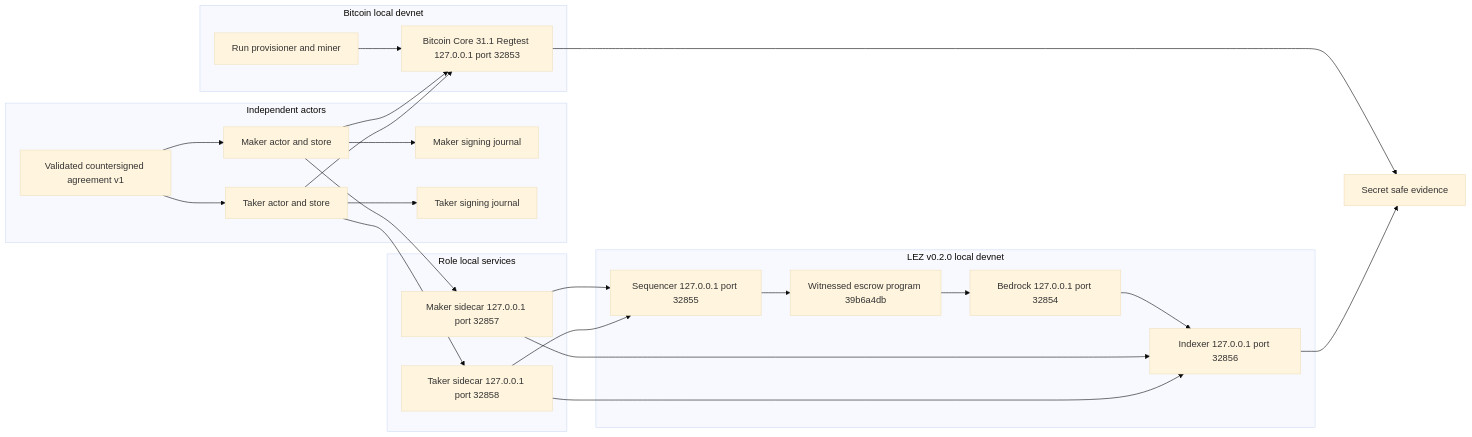
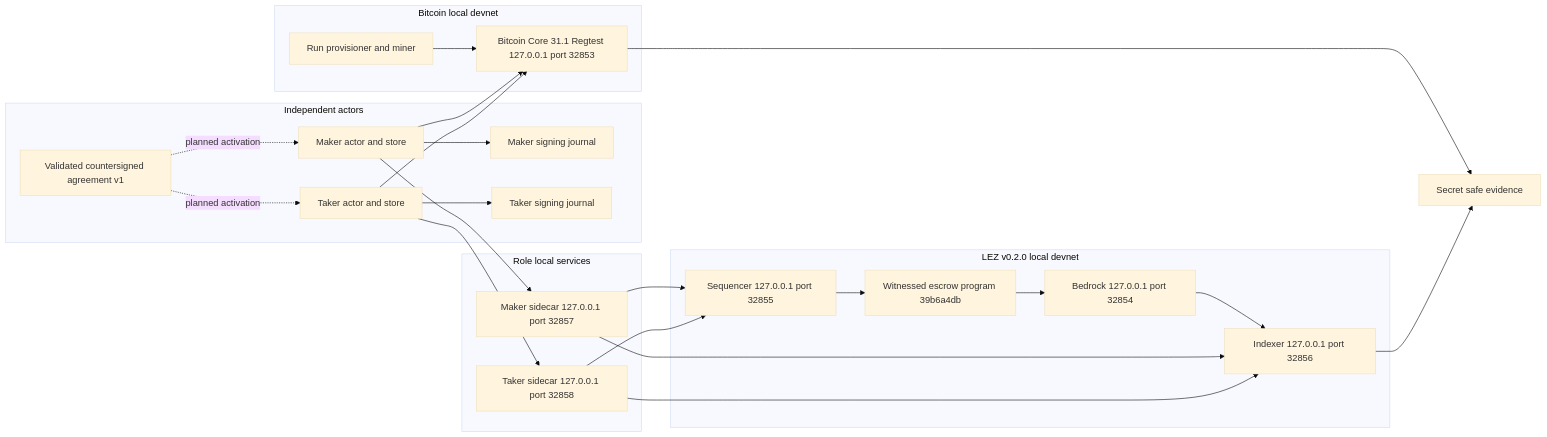
Before and after one commit to gateway-fm/lez-atomic-swaps: the first of 4 diagrams in docs/architecture/0029-m3-bitcoin-local-poc-entry.md, drawn with Mermaid (base theme). The commit also changed 2 other files, not shown here.

Commit message:
fix: bound in-memory Bitcoin agreements early

````diff
--- a/docs/architecture/0029-m3-bitcoin-local-poc-entry.md
+++ b/docs/architecture/0029-m3-bitcoin-local-poc-entry.md
@@ -41,46 +41,46 @@
 ```mermaid
 flowchart LR
     subgraph Actors["Independent actors"]
         Agreement["Validated countersigned agreement v1"]
         Maker["Maker actor and store"]
         Taker["Taker actor and store"]
         MakerSigner["Maker signing journal"]
         TakerSigner["Taker signing journal"]
         Maker --> MakerSigner
         Taker --> TakerSigner
-        Agreement --> Maker
-        Agreement --> Taker
+        Agreement -. planned activation .-> Maker
+        Agreement -. planned activation .-> Taker
     end
 
     subgraph RoleServices["Role local services"]
         MakerSidecar["Maker sidecar 127.0.0.1 port 32857"]
         TakerSidecar["Taker sidecar 127.0.0.1 port 32858"]
     end
 
     subgraph Bitcoin["Bitcoin local devnet"]
         Core["Bitcoin Core 31.1 Regtest 127.0.0.1 port 32853"]
         Miner["Run provisioner and miner"]
     end
 
     subgraph Lez["LEZ v0.2.0 local devnet"]
         Sequencer["Sequencer 127.0.0.1 port 32855"]
         Indexer["Indexer 127.0.0.1 port 32856"]
         Bedrock["Bedrock 127.0.0.1 port 32854"]
         Guest["Witnessed escrow program 39b6a4db"]
         Sequencer --> Guest
         Guest --> Bedrock
         Bedrock --> Indexer
     end
 
     Maker --> MakerSidecar
     Taker --> TakerSidecar
     MakerSidecar --> Sequencer
     MakerSidecar --> Indexer
     TakerSidecar --> Sequencer
     TakerSidecar --> Indexer
     Maker --> Core
     Taker --> Core
     Miner --> Core
     Core --> Evidence["Secret safe evidence"]
     Indexer --> Evidence
 ```
````
